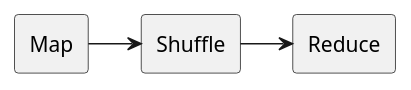
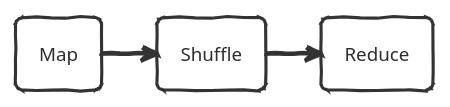
Before and after one commit to jrrwll/jrrwll.github.io: the diagram in content/blog/bigdata/spark-shuffle.md, drawn with PlantUML. The commit also changed other lines of this file, not shown here.

````diff
--- a/content/blog/bigdata/spark-shuffle.md
+++ b/content/blog/bigdata/spark-shuffle.md
@@ -8,9 +8,11 @@
 ```plantuml
 @startuml
+!theme sketchy-outline
+
 rectangle Map as m
 rectangle Shuffle as s
 rectangle Reduce as r
 m -right-> s
 s -right-> r
 @enduml
 ```
````
